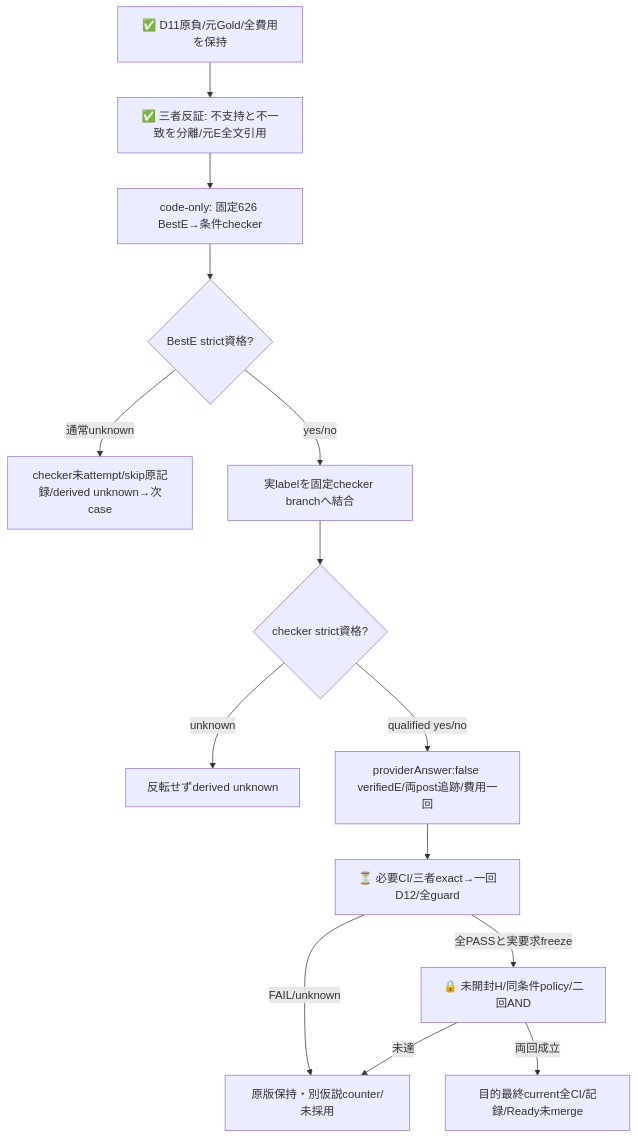
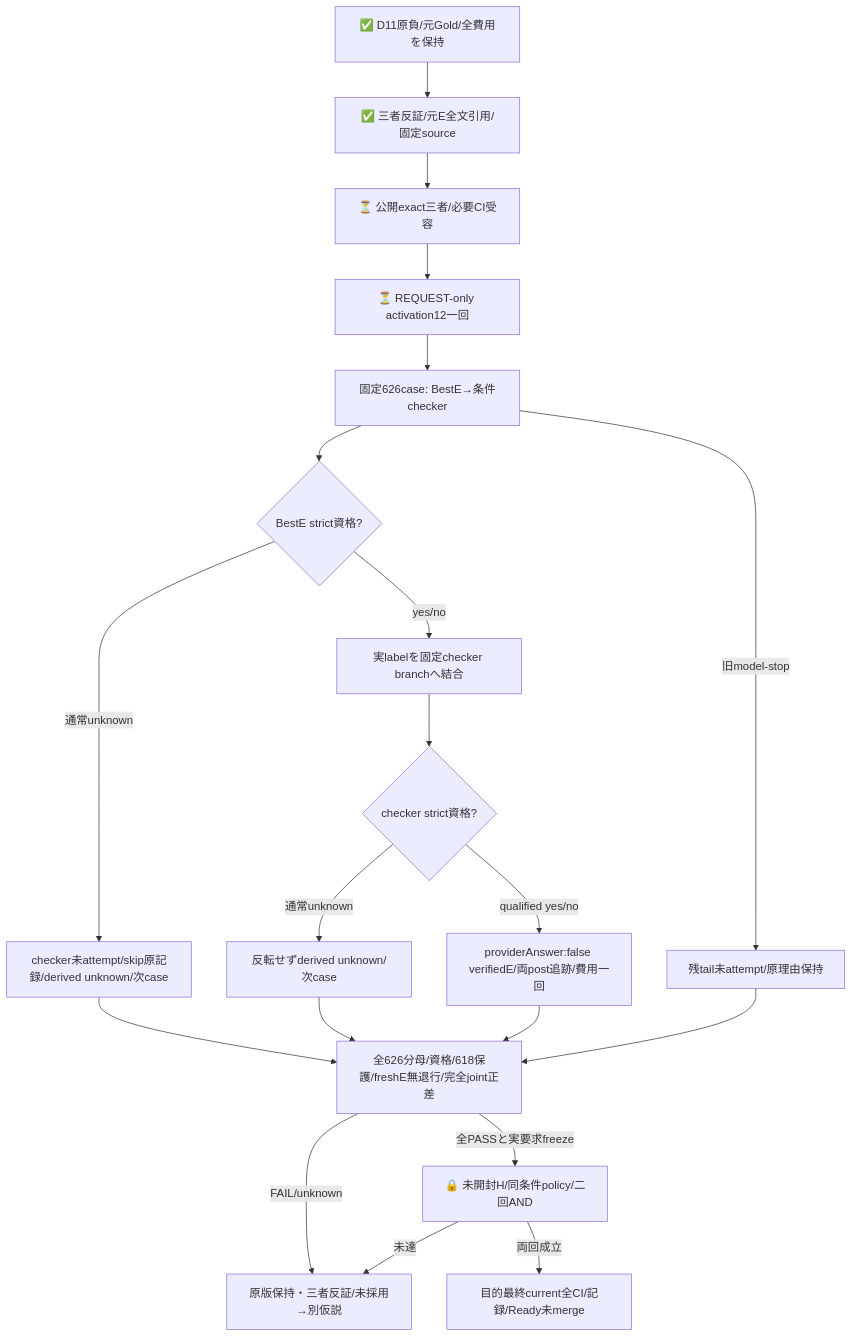
Before and after one commit to roccho-org/ops: the second of 23 diagrams in experiments/sys1-eval-loop/expectation-role/README.md, drawn with Mermaid. The commit also changed other lines of this file and 10 other files, not shown here.

```diff
--- a/experiments/sys1-eval-loop/expectation-role/README.md
+++ b/experiments/sys1-eval-loop/expectation-role/README.md
@@ -19,16 +51,22 @@
 ~~~mermaid
 flowchart TB
- A[✅ D11原負/元Gold/全費用を保持] --> C[✅ 三者反証: 不支持と不一致を分離/元E全文引用]
- C --> B[code-only: 固定626 BestE→条件checker]
+ A[✅ D11原負/元Gold/全費用を保持] --> C[✅ 三者反証/元E全文引用/固定source]
+ C --> CI[⏳ 公開exact三者/必要CI受容]
+ CI --> ACT[⏳ REQUEST-only activation12一回]
+ ACT --> B[固定626case: BestE→条件checker]
  B --> Q{BestE strict資格?}
- Q -->|通常unknown| S[checker未attempt/skip原記録/derived unknown→次case]
+ Q -->|通常unknown| S[checker未attempt/skip原記録/derived unknown/次case]
  Q -->|yes/no| K[実labelを固定checker branchへ結合]
  K --> V{checker strict資格?}
- V -->|unknown| U[反転せずderived unknown]
+ V -->|通常unknown| U[反転せずderived unknown/次case]
  V -->|qualified yes/no| E[providerAnswer:false verifiedE/両post追跡/費用一回]
- E --> G[⏳ 必要CI/三者exact→一回D12/全guard]
- G -->|FAIL/unknown| N[原版保持・別仮説counter/未採用]
+ B -->|旧model-stop| STOP[残tail未attempt/原理由保持]
+ S --> G[全626分母/資格/618保護/freshE無退行/完全joint正差]
+ U --> G
+ E --> G
+ STOP --> G
+ G -->|FAIL/unknown| N[原版保持・三者反証/未採用→別仮説]
  G -->|全PASSと実要求freeze| H[🔒 未開封H/同条件policy/二回AND]
  H -->|未達| N
  H -->|両回成立| Z[目的最終current全CI/記録/Ready未merge]
 ~~~
```
